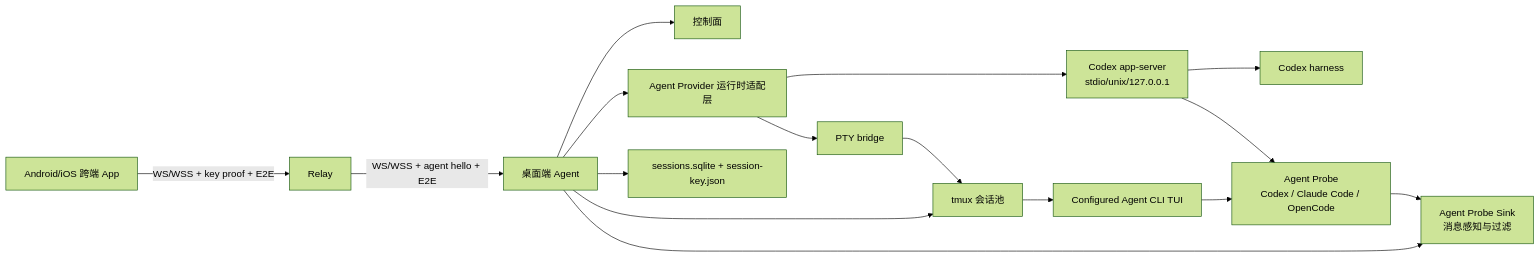
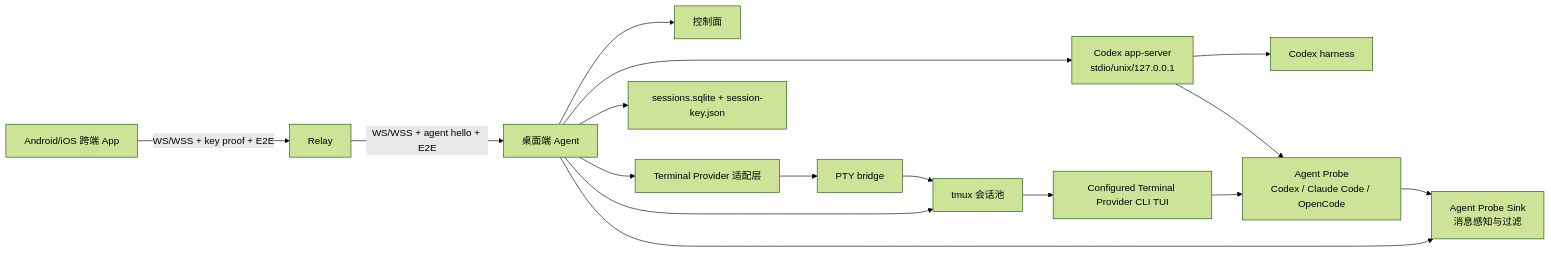
One commit to zhangbozhb/OmniWork changed the first of 2 diagrams in docs/mobile-codex-tui-technical-solution.md. Above: the diagram before and after it, drawn with Mermaid (forest theme). The commit also changed other lines of this file and 30 other files, not shown here.

````diff
--- a/docs/mobile-codex-tui-technical-solution.md
+++ b/docs/mobile-codex-tui-technical-solution.md
@@ -214,21 +214,21 @@
 ```mermaid
 flowchart LR
   Phone["Android/iOS 跨端 App"] -->|WS/WSS + key proof + E2E| Relay["Relay"]
   Relay -->|WS/WSS + agent hello + E2E| Agent["桌面端 Agent"]
 
   Agent --> Control["控制面"]
-  Agent --> Runtime["Agent Provider 运行时适配层"]
+  Agent --> TerminalProvider["Terminal Provider 适配层"]
   Agent --> ProbeSink["Agent Probe Sink<br/>消息感知与过滤"]
   Agent --> Tmux["tmux 会话池"]
   Agent --> Store["sessions.sqlite + session-key.json"]
 
-  Runtime --> AppServer["Codex app-server<br/>stdio/unix/127.0.0.1"]
-  Runtime --> PTY["PTY bridge"]
+  TerminalProvider --> PTY["PTY bridge"]
+  Agent --> AppServer["Codex app-server<br/>stdio/unix/127.0.0.1"]
   PTY --> Tmux
-  Tmux --> ProviderTUI["Configured Agent CLI TUI"]
+  Tmux --> ProviderTUI["Configured Terminal Provider CLI TUI"]
 
   AppServer --> CodexHarness["Codex harness"]
   ProviderTUI --> AgentProbe["Agent Probe<br/>Codex / Claude Code / OpenCode"]
   AppServer --> AgentProbe
   AgentProbe --> ProbeSink
 ```
````
